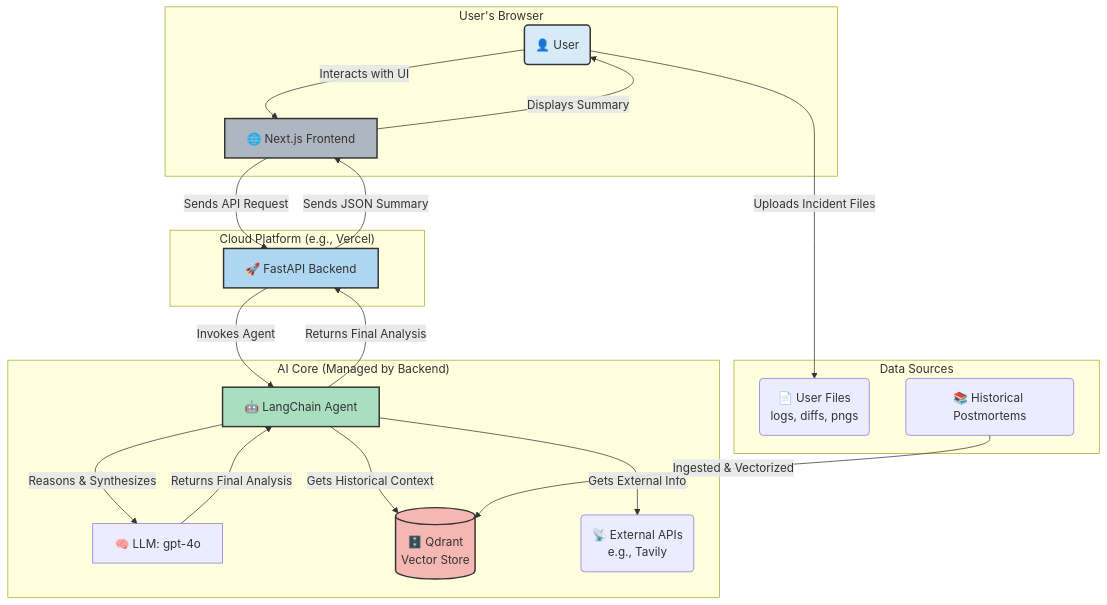
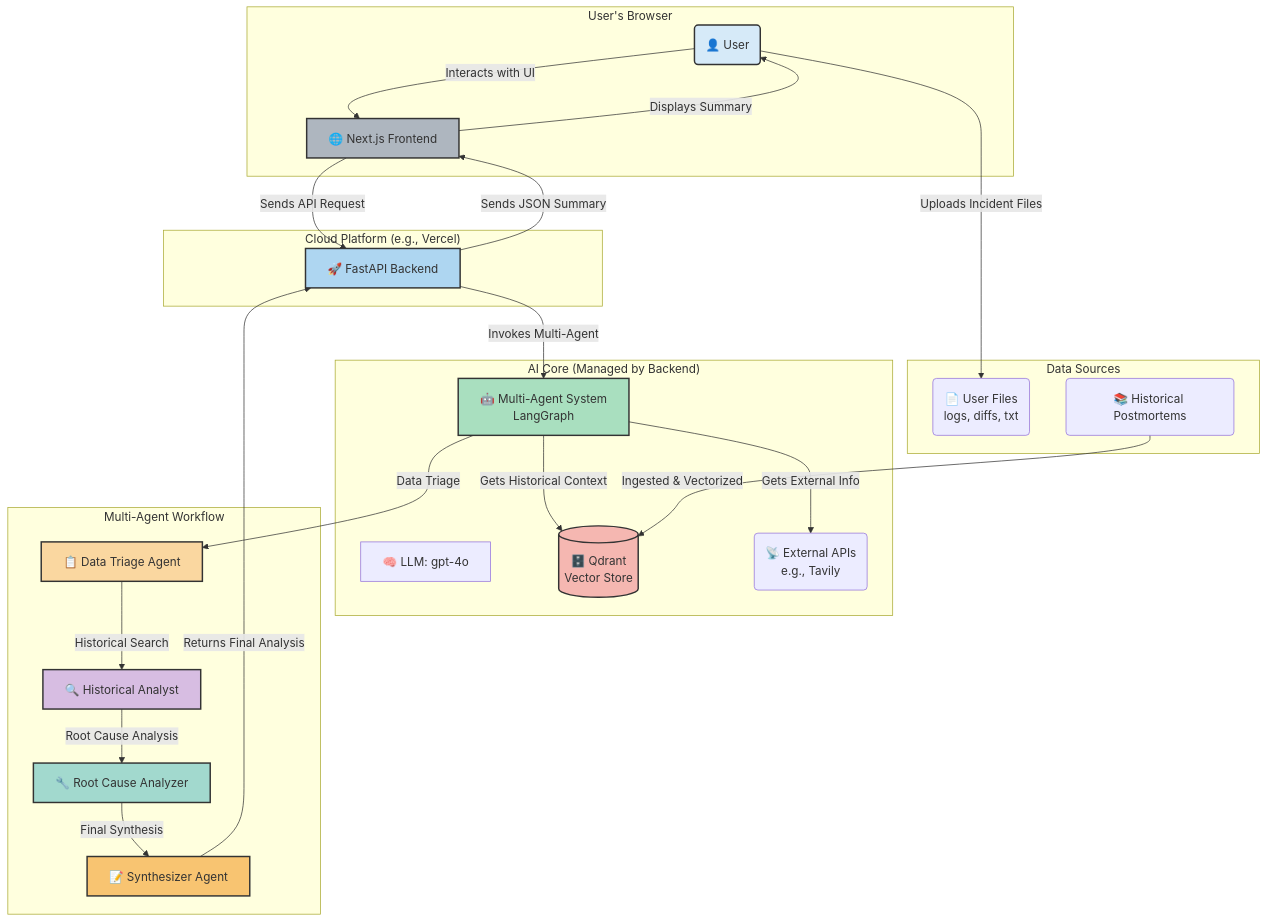
One commit to surbhimotghare/oncall-lens changed the diagram in README.md. Above: the diagram before and after it, drawn with Mermaid. The commit also changed other lines of this file, not shown here.

Commit message:
docs: Update README to reflect completed frontend and multi-agent system

````diff
--- a/README.md
+++ b/README.md
@@ -7,48 +7,61 @@
 ```mermaid
 graph TD
     subgraph "User's Browser"
         User(👤 User)
         Frontend[🌐 Next.js Frontend]
     end
 
     subgraph "Cloud Platform (e.g., Vercel)"
         Backend[🚀 FastAPI Backend]
     end
 
     subgraph "AI Core (Managed by Backend)"
-        Agent[🤖 LangChain Agent]
+        Agent[🤖 Multi-Agent System<br/>LangGraph]
         LLM[🧠 LLM: gpt-4o]
         VDB[(🗄️ Qdrant<br>Vector Store)]
         APIs(📡 External APIs<br>e.g., Tavily)
     end
 
+    subgraph "Multi-Agent Workflow"
+        Triage[📋 Data Triage Agent]
+        Historical[🔍 Historical Analyst]
+        RootCause[🔧 Root Cause Analyzer]
+        Synthesizer[📝 Synthesizer Agent]
+    end
+
     subgraph "Data Sources"
-        Uploads(📄 User Files<br>logs, diffs, pngs)
+        Uploads(📄 User Files<br>logs, diffs, txt)
         KnowledgeBase(📚 Historical Postmortems)
     end
 
     %% --- Flows ---
     User -->|Interacts with UI| Frontend
     User -->|Uploads Incident Files| Uploads
     Frontend -->|Sends API Request| Backend
 
-    Backend -->|Invokes Agent| Agent
+    Backend -->|Invokes Multi-Agent| Agent
+    Agent -->|Data Triage| Triage
+    Triage -->|Historical Search| Historical
+    Historical -->|Root Cause Analysis| RootCause
+    RootCause -->|Final Synthesis| Synthesizer
+    
     Agent -->|Gets Historical Context| VDB
     Agent -->|Gets External Info| APIs
-    Agent -->|Reasons & Synthesizes| LLM
-
-    LLM -->|Returns Final Analysis| Agent
-    Agent -->|Returns Final Analysis| Backend
+    Synthesizer -->|Returns Final Analysis| Backend
     Backend -->|Sends JSON Summary| Frontend
     Frontend -->|Displays Summary| User
 
     %% --- Data Ingestion (Offline Process) ---
     KnowledgeBase -->|Ingested & Vectorized| VDB
 
     %% --- Styling ---
     style User fill:#D6EAF8,stroke:#333,stroke-width:2px
     style Frontend fill:#AEB6BF,stroke:#333,stroke-width:2px
     style Backend fill:#AED6F1,stroke:#333,stroke-width:2px
     style Agent fill:#A9DFBF,stroke:#333,stroke-width:2px
     style VDB fill:#F5B7B1,stroke:#333,stroke-width:2px
+    style Triage fill:#FAD7A0,stroke:#333,stroke-width:2px
+    style Historical fill:#D7BDE2,stroke:#333,stroke-width:2px
+    style RootCause fill:#A2D9CE,stroke:#333,stroke-width:2px
+    style Synthesizer fill:#F8C471,stroke:#333,stroke-width:2px
 ```
````
